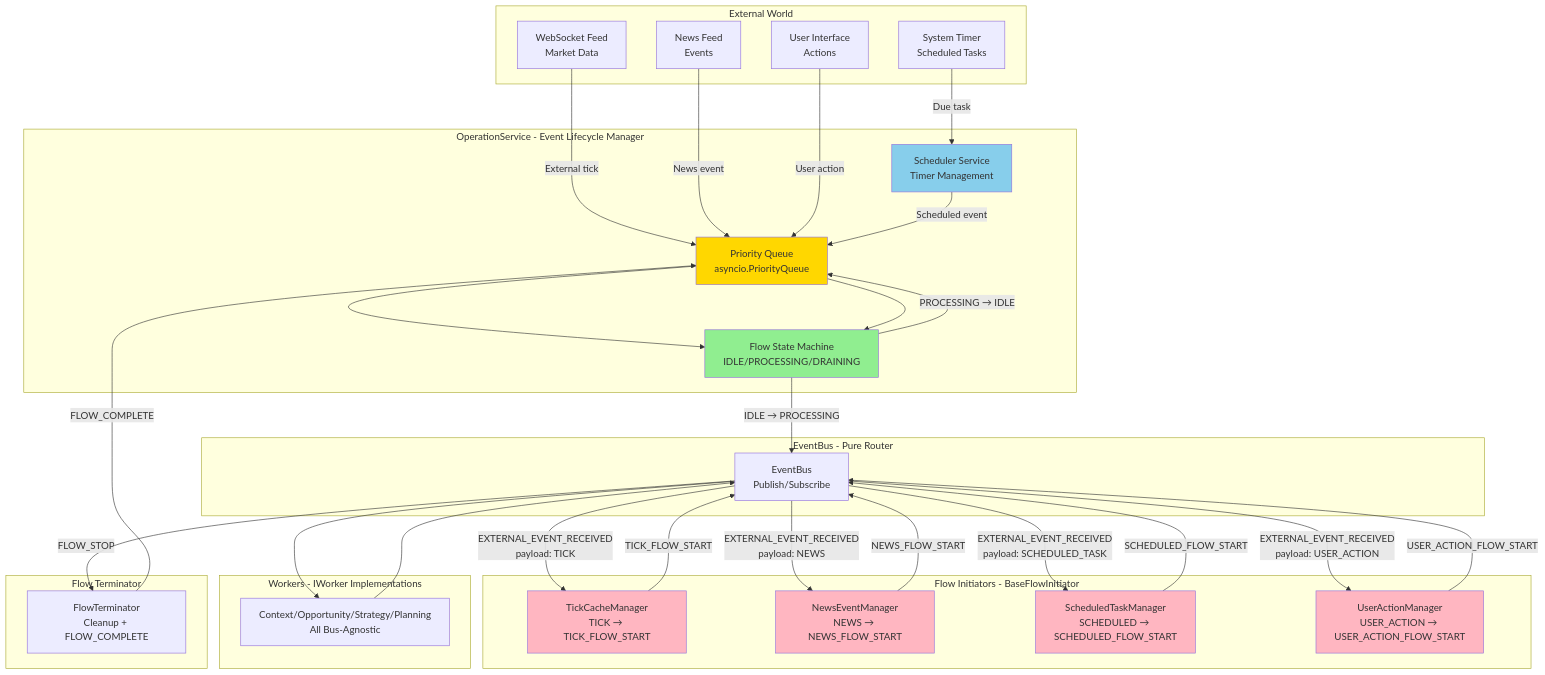
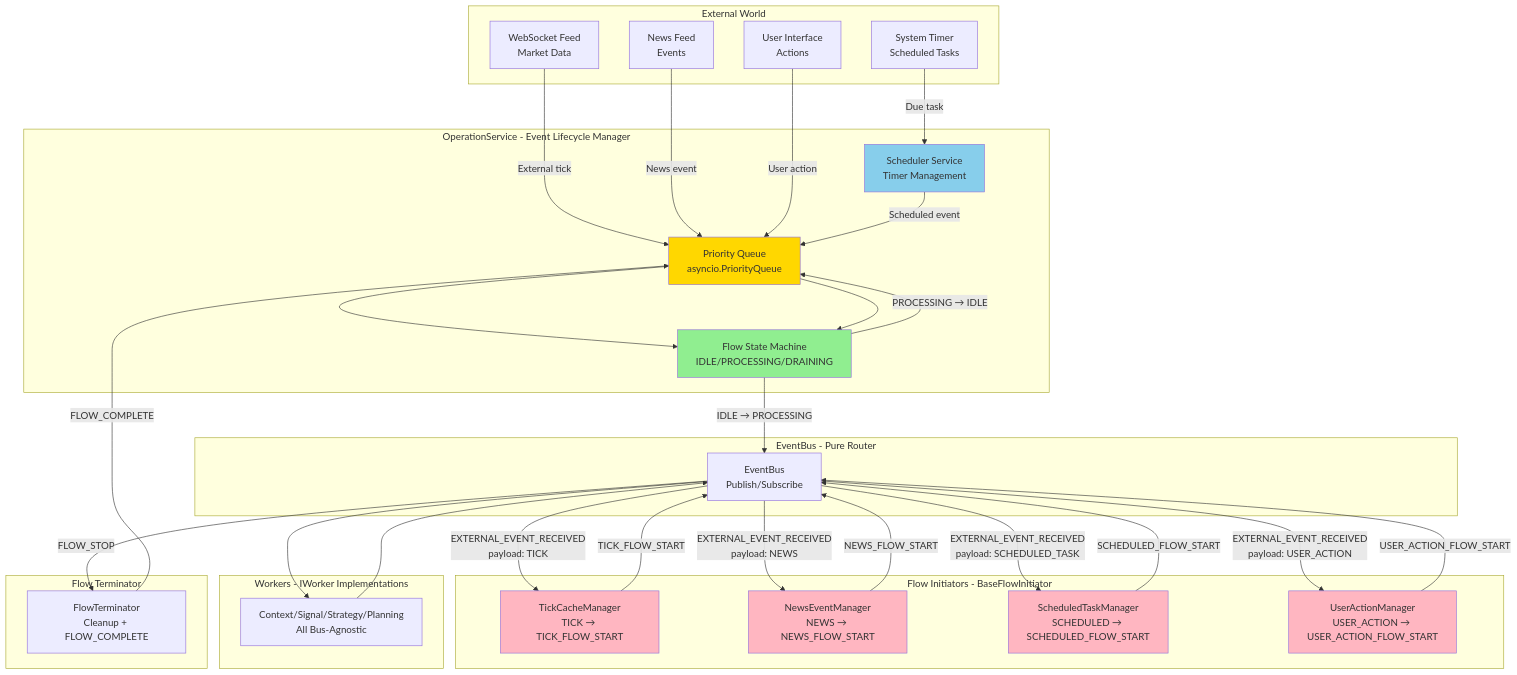
The first of 4 diagrams in docs/development/EVENT_LIFECYCLE_ARCHITECTURE.md (MikeyVK/S1mpleTraderV3), drawn with Mermaid before and after one commit. The commit also changed other lines of this file and 17 other files, not shown here.

````diff
--- a/docs/development/EVENT_LIFECYCLE_ARCHITECTURE.md
+++ b/docs/development/EVENT_LIFECYCLE_ARCHITECTURE.md
@@ -30,70 +30,70 @@
 ```mermaid
 graph TB
     subgraph "External World"
         WS[WebSocket Feed<br/>Market Data]
         NEWS[News Feed<br/>Events]
         USER[User Interface<br/>Actions]
         TIMER[System Timer<br/>Scheduled Tasks]
     end
     
     subgraph "OperationService - Event Lifecycle Manager"
         Q[Priority Queue<br/>asyncio.PriorityQueue]
         FSM[Flow State Machine<br/>IDLE/PROCESSING/DRAINING]
         SCHED[Scheduler Service<br/>Timer Management]
     end
     
     subgraph "Flow Initiators - BaseFlowInitiator"
         TCM[TickCacheManager<br/>TICK → TICK_FLOW_START]
         NEM[NewsEventManager<br/>NEWS → NEWS_FLOW_START]
         STM[ScheduledTaskManager<br/>SCHEDULED → SCHEDULED_FLOW_START]
         UAM[UserActionManager<br/>USER_ACTION → USER_ACTION_FLOW_START]
     end
     
     subgraph "EventBus - Pure Router"
         EB[EventBus<br/>Publish/Subscribe]
     end
     
     subgraph "Workers - IWorker Implementations"
-        WORKERS[Context/Opportunity/Strategy/Planning<br/>All Bus-Agnostic]
+        WORKERS[Context/Signal/Strategy/Planning<br/>All Bus-Agnostic]
     end
     
     subgraph "Flow Terminator"
         FT[FlowTerminator<br/>Cleanup + FLOW_COMPLETE]
     end
     
     WS -->|External tick| Q
     NEWS -->|News event| Q
     USER -->|User action| Q
     TIMER -->|Due task| SCHED
     SCHED -->|Scheduled event| Q
     
     Q --> FSM
     FSM -->|IDLE → PROCESSING| EB
     
     EB -->|EXTERNAL_EVENT_RECEIVED<br/>payload: TICK| TCM
     EB -->|EXTERNAL_EVENT_RECEIVED<br/>payload: NEWS| NEM
     EB -->|EXTERNAL_EVENT_RECEIVED<br/>payload: SCHEDULED_TASK| STM
     EB -->|EXTERNAL_EVENT_RECEIVED<br/>payload: USER_ACTION| UAM
     
     TCM -->|TICK_FLOW_START| EB
     NEM -->|NEWS_FLOW_START| EB
     STM -->|SCHEDULED_FLOW_START| EB
     UAM -->|USER_ACTION_FLOW_START| EB
     
     EB --> WORKERS
     WORKERS --> EB
     
     EB -->|FLOW_STOP| FT
     FT -->|FLOW_COMPLETE| Q
     
     Q --> FSM
     FSM -->|PROCESSING → IDLE| Q
     
     style Q fill:#FFD700
     style FSM fill:#90EE90
     style SCHED fill:#87CEEB
     style TCM fill:#FFB6C1
     style NEM fill:#FFB6C1
     style STM fill:#FFB6C1
     style UAM fill:#FFB6C1
 ```
````
